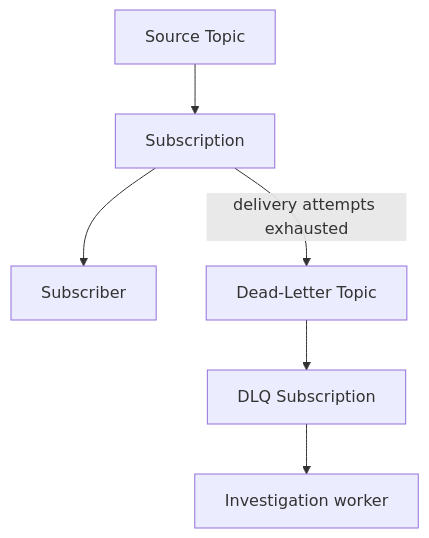
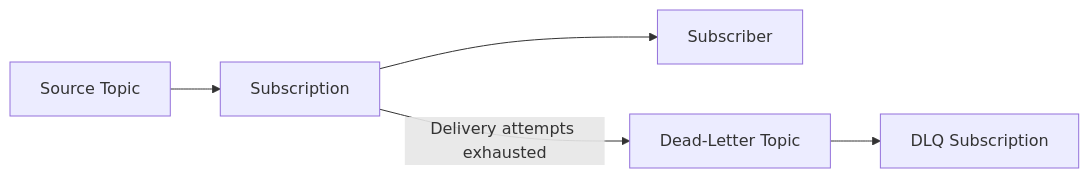
Before and after one commit to AvadhBhalodiya/Interview-Preparation: the fifth of 7 diagrams in src/content/task-processing/retries-dead-letter-queues.md, drawn with Mermaid. The commit also changed other lines of this file and 80 other files, not shown here.

````diff
--- a/src/content/task-processing/retries-dead-letter-queues.md
+++ b/src/content/task-processing/retries-dead-letter-queues.md
@@ -1161,8 +546,7 @@
 ```mermaid
-flowchart TD
+flowchart LR
     T[Source Topic] --> S[Subscription]
-    S --> SUB[Subscriber]
-    S -->|delivery attempts exhausted| DT[Dead-Letter Topic]
-    DT --> DS[DLQ Subscription]
-    DS --> IW[Investigation worker]
+    S --> C[Subscriber]
+    S -->|Delivery attempts exhausted| D[Dead-Letter Topic]
+    D --> DS[DLQ Subscription]
 ```
````
